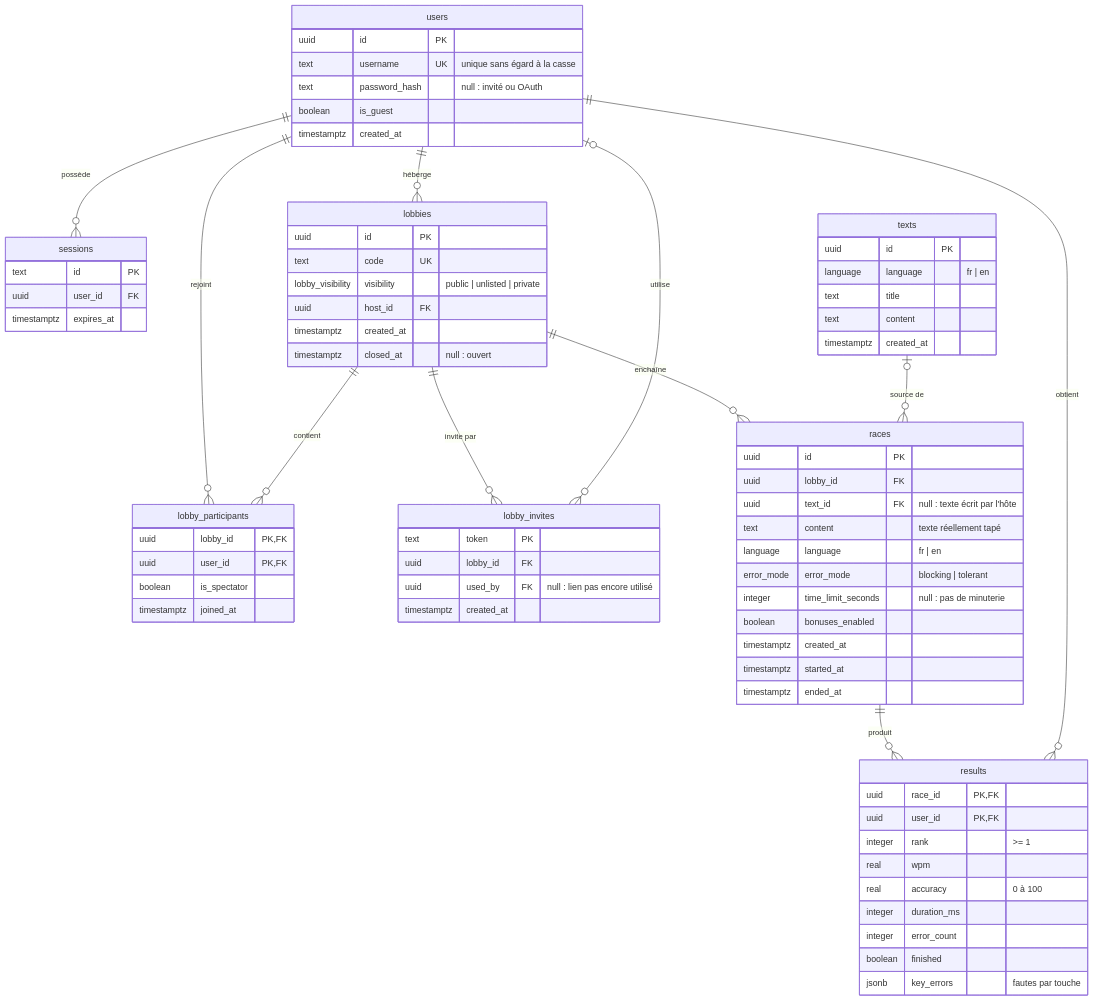
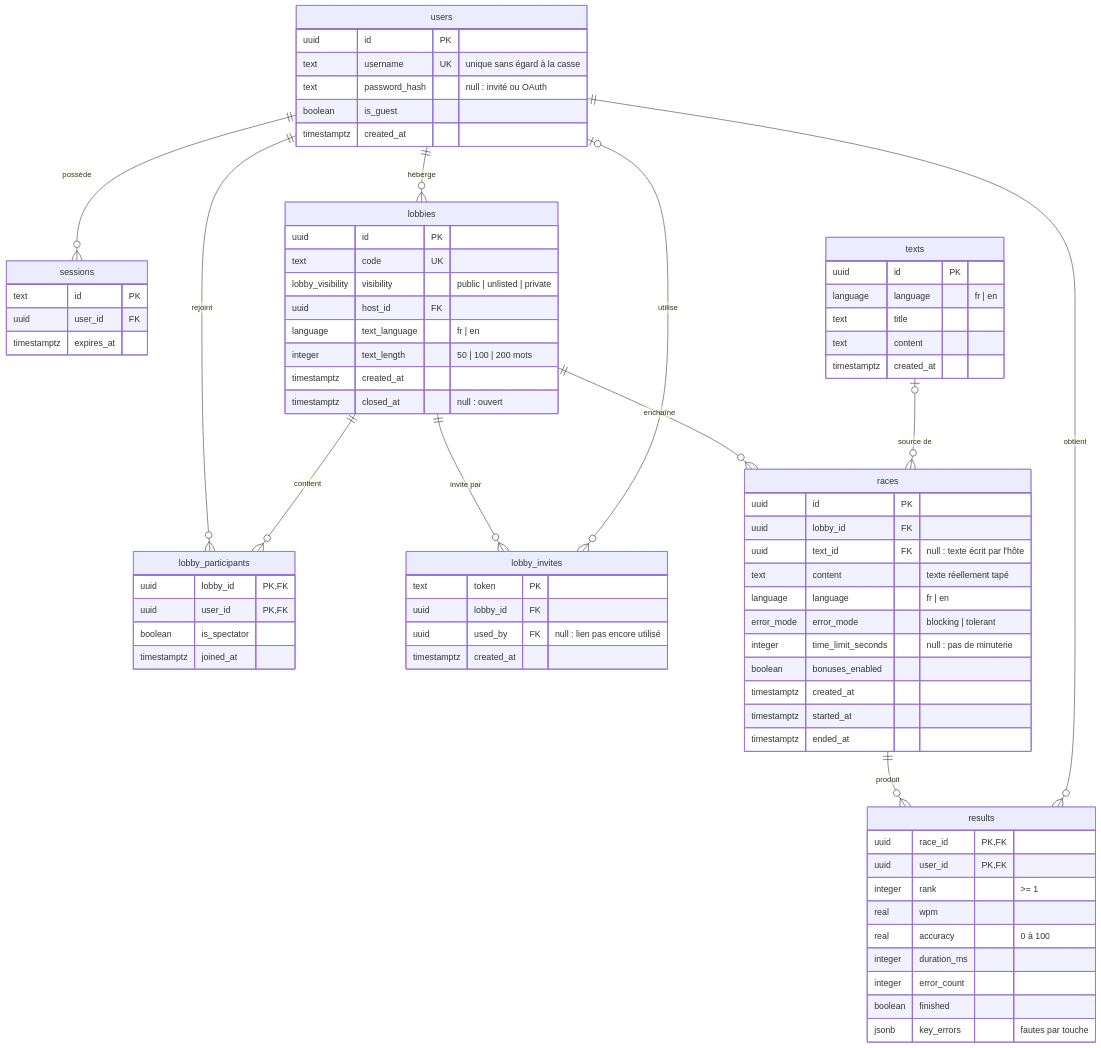
Before and after one commit to Madlodon/taype-in: the diagram in docs/modele-de-donnees.md, drawn with Mermaid. The commit also changed other lines of this file and 1 other file, not shown here.

Commit message:
Document the text bank and lobby text settings

```diff
--- a/docs/modele-de-donnees.md
+++ b/docs/modele-de-donnees.md
@@ -42,6 +42,8 @@
         text code UK
         lobby_visibility visibility "public | unlisted | private"
         uuid host_id FK
+        language text_language "fr | en"
+        integer text_length "50 | 100 | 200 mots"
         timestamptz created_at
         timestamptz closed_at "null : ouvert"
     }
```
